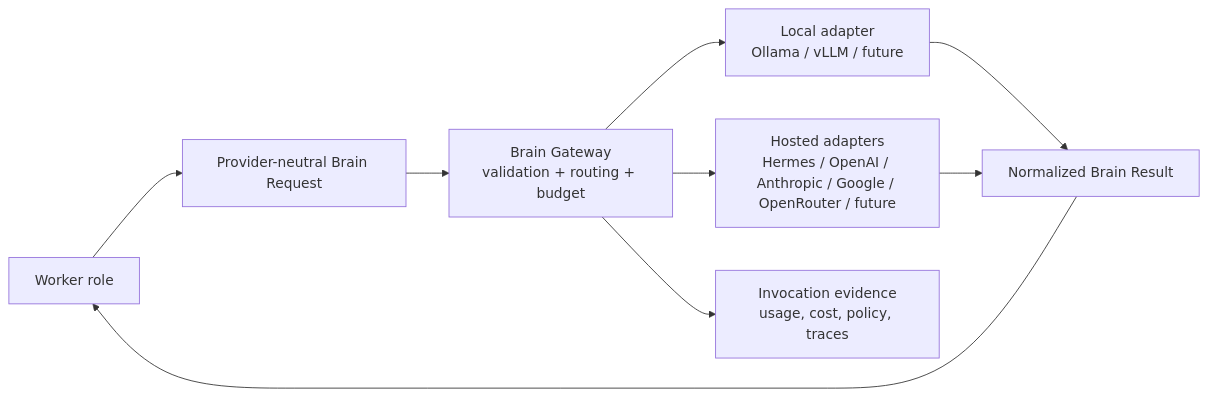
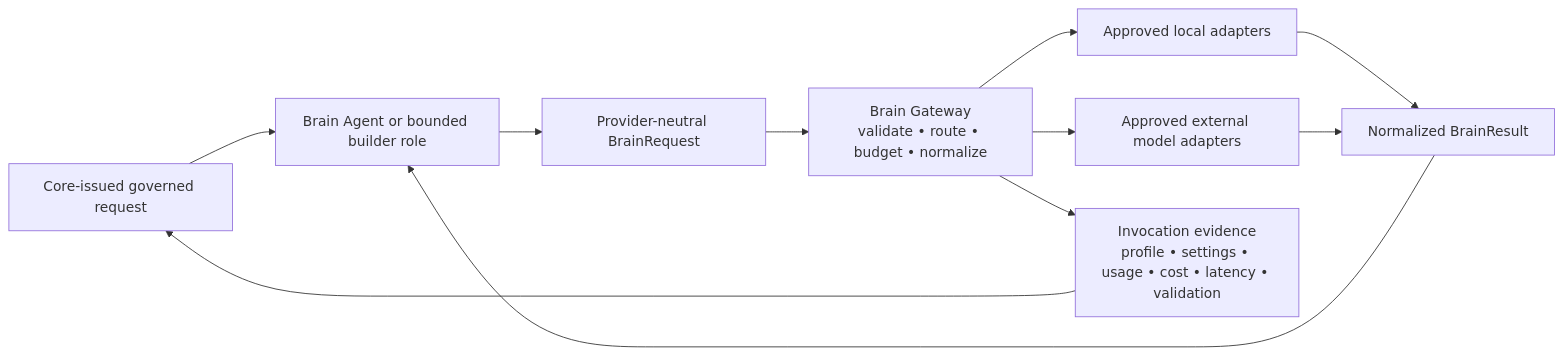
Before and after one commit to wepld/wepld: the diagram in docs/06_Brain_Architecture.md, drawn with Mermaid. The commit also changed other lines of this file and 46 other files, not shown here.

Commit message:
docs: define governed delivery and Hermes intelligence roadmap

```diff
--- a/docs/06_Brain_Architecture.md
+++ b/docs/06_Brain_Architecture.md
@@ -9,11 +17,13 @@
 ~~~mermaid
 flowchart LR
-  Worker["Worker role"] --> Request["Provider-neutral Brain Request"]
-  Request --> Router["Brain Gateway\nvalidation + routing + budget"]
-  Router --> Local["Local adapter\nOllama / vLLM / future"]
-  Router --> Hosted["Hosted adapters\nHermes / OpenAI / Anthropic / Google / OpenRouter / future"]
-  Local --> Normalize["Normalized Brain Result"]
-  Hosted --> Normalize
-  Normalize --> Worker
-  Router --> Audit["Invocation evidence\nusage, cost, policy, traces"]
+  Core["Core-issued governed request"] --> Role["Brain Agent or bounded builder role"]
+  Role --> Request["Provider-neutral BrainRequest"]
+  Request --> Gateway["Brain Gateway\nvalidate • route • budget • normalize"]
+  Gateway --> Local["Approved local adapters"]
+  Gateway --> Hosted["Approved external model adapters"]
+  Local --> Result["Normalized BrainResult"]
+  Hosted --> Result
+  Result --> Role
+  Gateway --> Evidence["Invocation evidence\nprofile • settings • usage • cost • latency • validation"]
+  Evidence --> Core
 ~~~
```
